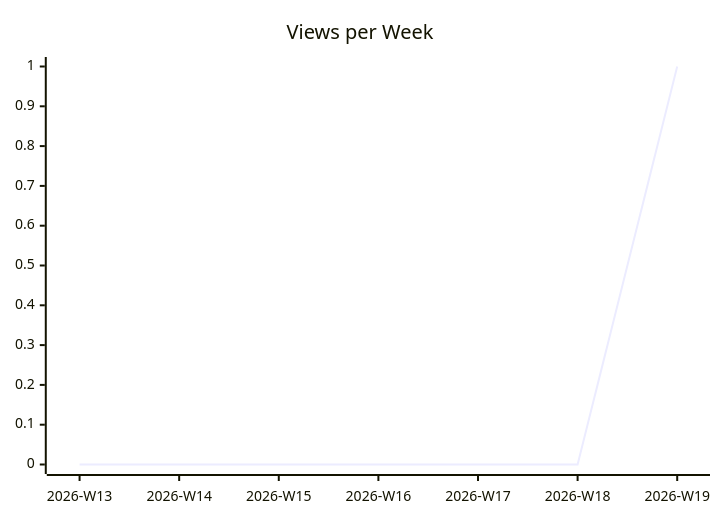
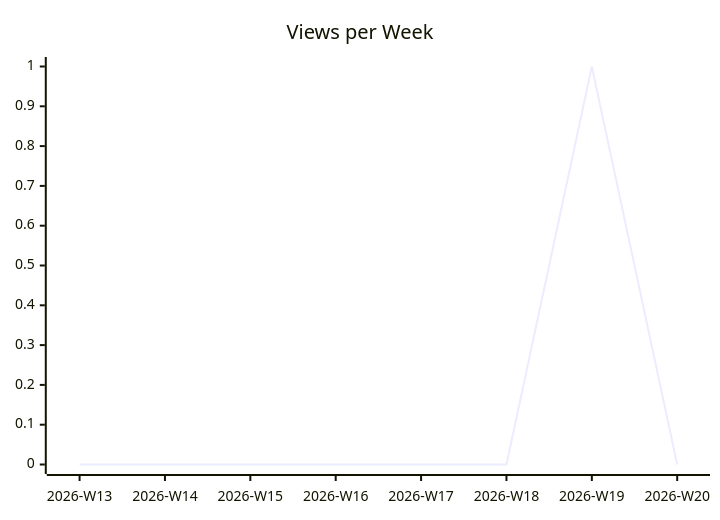
One commit to justdavis-family/github-analytics-data changed the second of 3 diagrams in karlmdavis/kobjects/README.md. Above: the diagram before and after it, drawn with Mermaid. The commit also changed other lines of this file and 176 other files, not shown here.

````diff
--- a/karlmdavis/kobjects/README.md
+++ b/karlmdavis/kobjects/README.md
@@ -12,6 +12,6 @@
 ```mermaid
 xychart-beta
   title "Views per Week"
-  x-axis ["2026-W13", "2026-W14", "2026-W15", "2026-W16", "2026-W17", "2026-W18", "2026-W19"]
-  line [0, 0, 0, 0, 0, 0, 1]
+  x-axis ["2026-W13", "2026-W14", "2026-W15", "2026-W16", "2026-W17", "2026-W18", "2026-W19", "2026-W20"]
+  line [0, 0, 0, 0, 0, 0, 1, 0]
 ```
````
